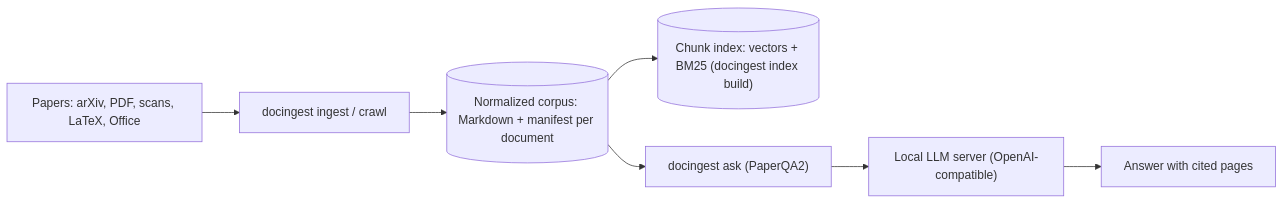
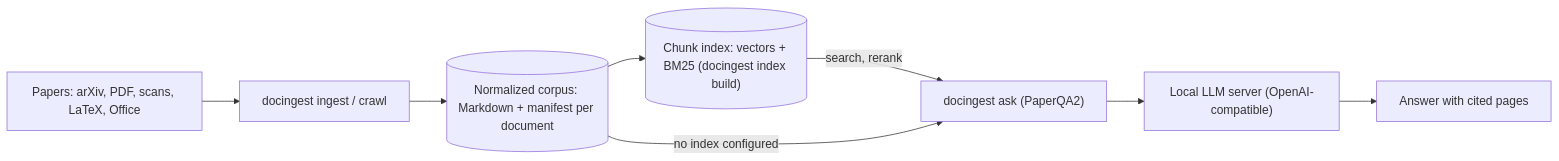
The diagram in README.md (etxsA/doc-ingest), drawn with Mermaid before and after one commit. The commit also changed other lines of this file and 11 other files, not shown here.

First line of the commit message:
docs: ask with the chunk index, --index flags and ADR 0004

````diff
--- a/README.md
+++ b/README.md
@@ -16,9 +16,10 @@
 ```mermaid
 flowchart LR
     SRC["Papers: arXiv, PDF, scans, LaTeX, Office"] --> ING["docingest ingest / crawl"]
     ING --> CORPUS[("Normalized corpus: Markdown + manifest per document")]
     CORPUS --> IDX[("Chunk index: vectors + BM25 (docingest index build)")]
-    CORPUS --> ASK["docingest ask (PaperQA2)"]
+    IDX -->|"search, rerank"| ASK["docingest ask (PaperQA2)"]
+    CORPUS -->|"no index configured"| ASK
     ASK --> LLM["Local LLM server (OpenAI-compatible)"]
     LLM --> ANS["Answer with cited pages"]
 ```
````
